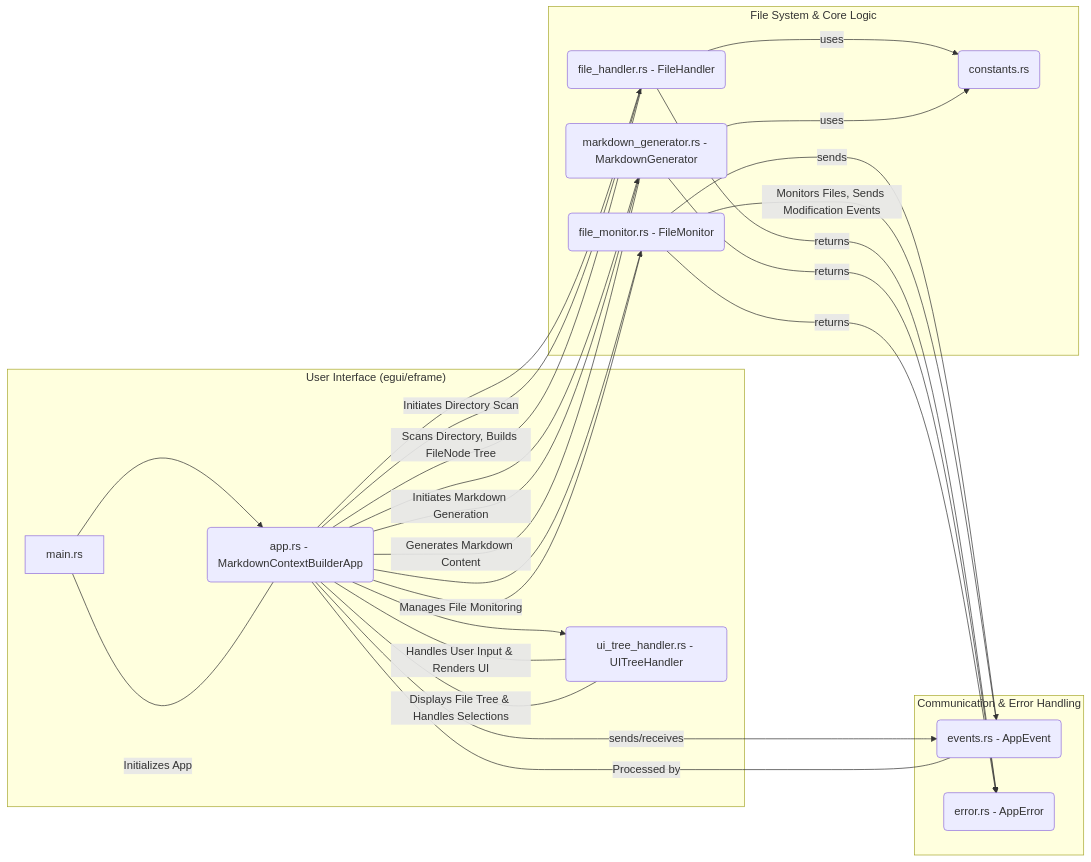
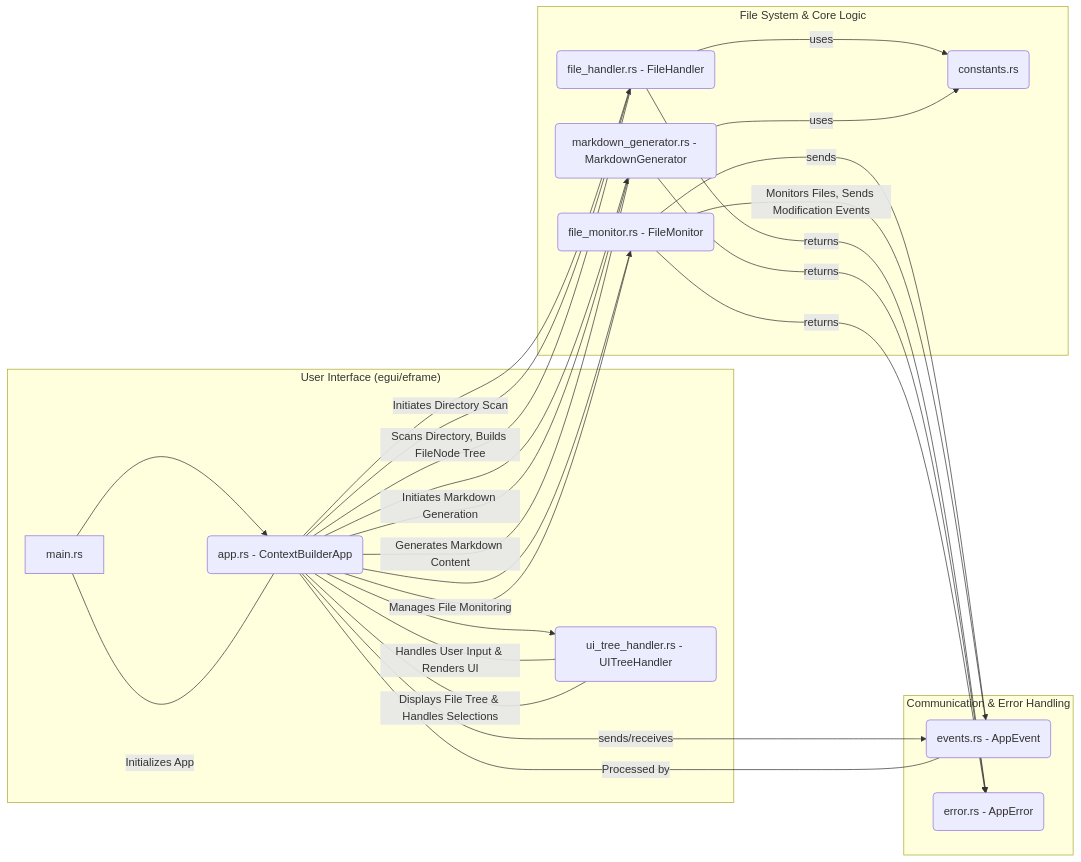
One commit to NikolayBobovnikov/context_manager changed the first of 2 diagrams in README.md. Above: the diagram before and after it, drawn with Mermaid. The commit also changed other lines of this file and 3 other files, not shown here.

````diff
--- a/README.md
+++ b/README.md
@@ -49,34 +49,34 @@
 ```mermaid
 graph LR
     subgraph "User Interface (egui/eframe)"
-        A[main.rs] --> B(app.rs - MarkdownContextBuilderApp)
+        A[main.rs] --> B(app.rs - ContextBuilderApp)
         B --> C(ui_tree_handler.rs - UITreeHandler)
     end
 
     subgraph "File System & Core Logic"
         B --> D(file_handler.rs - FileHandler)
         B --> E(markdown_generator.rs - MarkdownGenerator)
         B --> F(file_monitor.rs - FileMonitor)
         D -- uses --> G(constants.rs)
         E -- uses --> G
     end
 
     subgraph "Communication & Error Handling"
         B -- sends/receives --> H(events.rs - AppEvent)
         F -- sends --> H
         D -- returns --> I(error.rs - AppError)
         E -- returns --> I
         F -- returns --> I
     end
 
     A ---|"Initializes App"| B
     B ---|"Handles User Input & Renders UI"| C
     B ---|"Initiates Directory Scan"| D
     B ---|"Initiates Markdown Generation"| E
     B ---|"Manages File Monitoring"| F
     C ---|"Displays File Tree & Handles Selections"| B
     D ---|"Scans Directory, Builds FileNode Tree"| B
     E ---|"Generates Markdown Content"| B
     F ---|"Monitors Files, Sends Modification Events"| H
     H ---|"Processed by"| B
 ```
````
